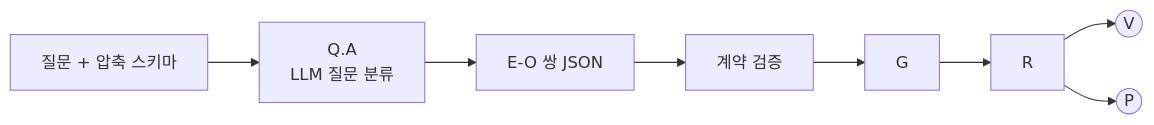
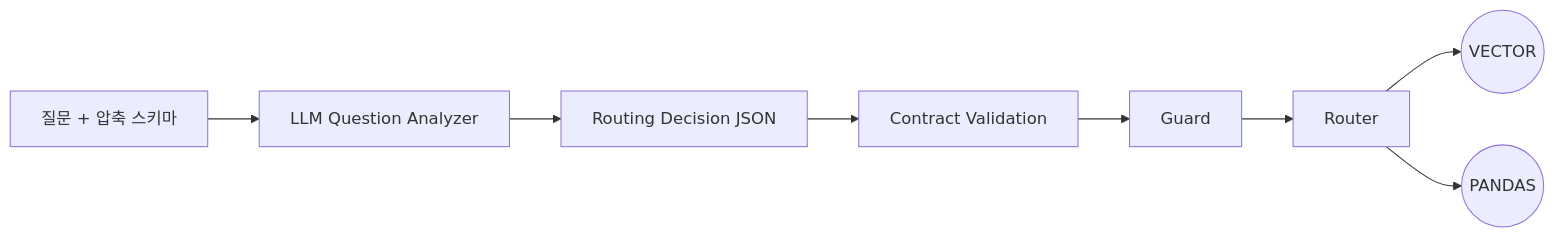
Before and after one commit to knu-2026-summer-main-enhancement/finance-doc-agent: the tenth of 16 diagrams in README.md, drawn with Mermaid. The commit also changed other lines of this file, not shown here.

Commit message:
Document English routing architecture

````diff
--- a/README.md
+++ b/README.md
@@ -387,10 +387,10 @@
 ```mermaid
 flowchart LR
-    Q[질문 + 압축 스키마] --> QA[Q.A<br/>LLM 질문 분류]
-    QA --> EO[E-O 쌍 JSON]
-    EO --> C[계약 검증]
-    C --> G[G]
-    G --> R[R]
-    R --> V((V))
-    R --> P((P))
+    Q[질문 + 압축 스키마] --> LQA[LLM Question Analyzer]
+    LQA --> RD[Routing Decision JSON]
+    RD --> C[Contract Validation]
+    C --> G[Guard]
+    G --> R[Router]
+    R --> V((VECTOR))
+    R --> P((PANDAS))
 ```
````
